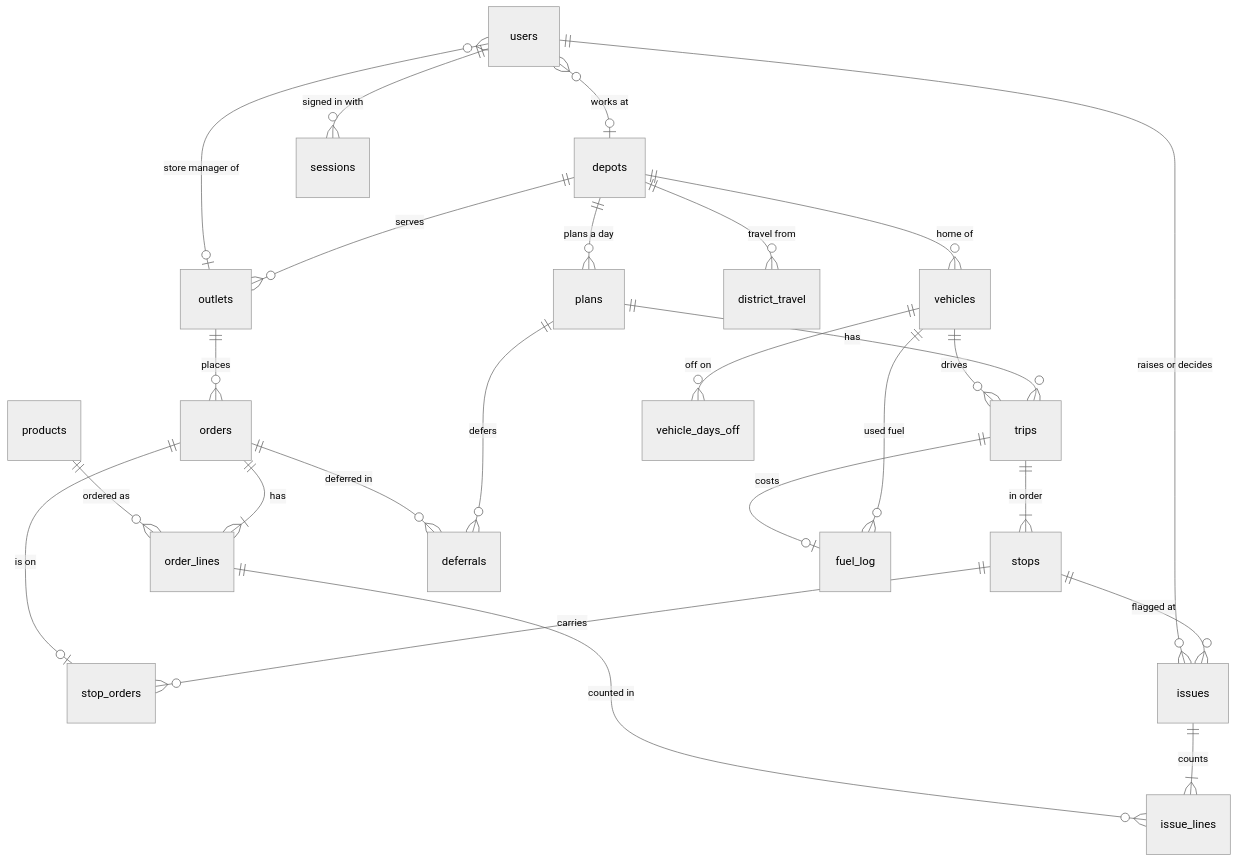
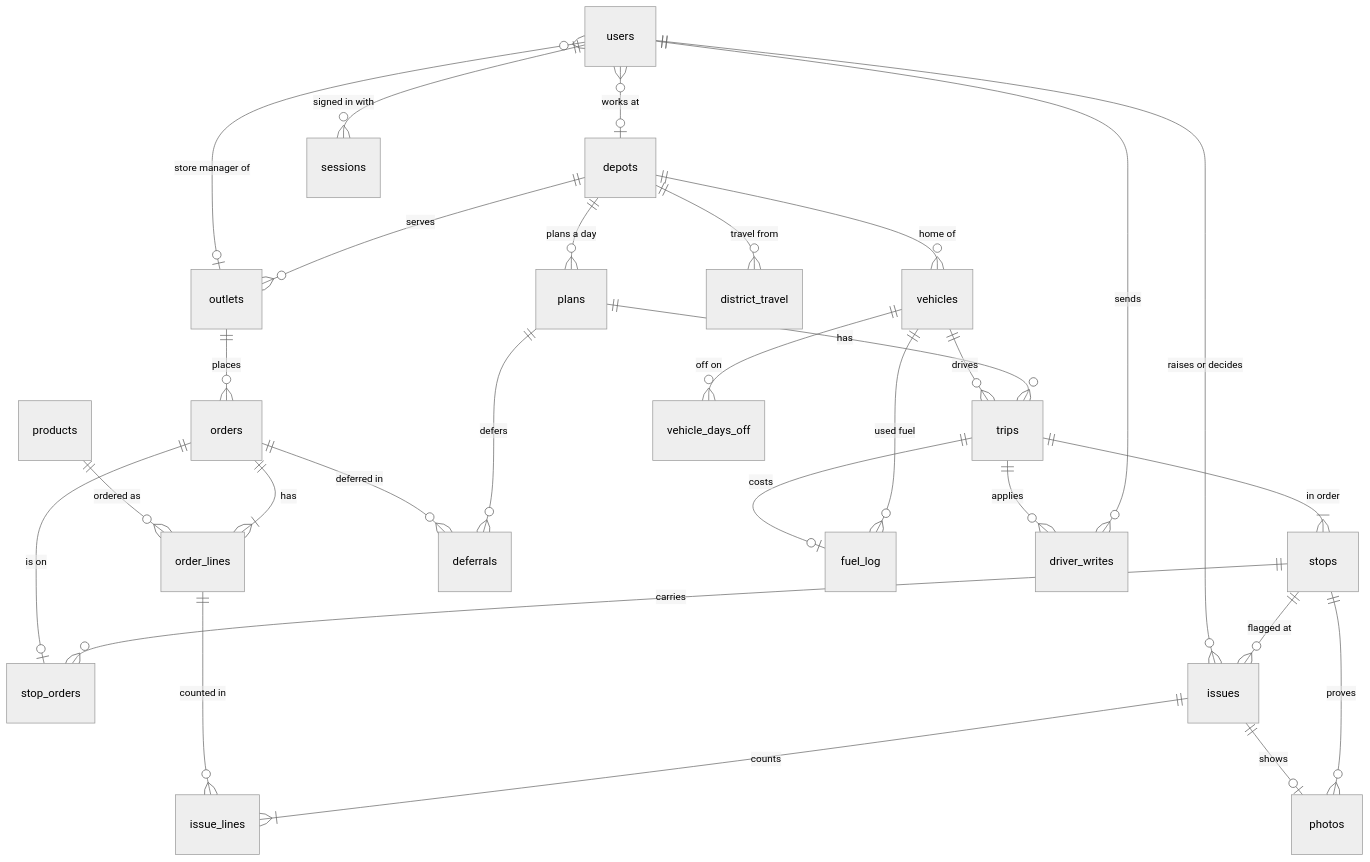
The diagram in docs/data-model.md (nabil11111/Vectorious_Wayfinder), drawn with Mermaid (neutral theme) before and after one commit. The commit also changed other lines of this file and 41 other files, not shown here.

````diff
--- a/docs/data-model.md
+++ b/docs/data-model.md
@@ -6,27 +6,31 @@
 ```mermaid
 erDiagram
     depots ||--o{ outlets : serves
     depots ||--o{ vehicles : "home of"
     depots ||--o{ district_travel : "travel from"
     outlets ||--o{ orders : places
     orders ||--|{ order_lines : has
     products ||--o{ order_lines : "ordered as"
     users }o--o| outlets : "store manager of"
     users }o--o| depots : "works at"
     users ||--o{ sessions : "signed in with"
     depots ||--o{ plans : "plans a day"
     plans ||--o{ trips : has
     vehicles ||--o{ trips : drives
     trips ||--|{ stops : "in order"
     stops ||--o{ stop_orders : carries
     orders ||--o| stop_orders : "is on"
     plans ||--o{ deferrals : "defers"
     orders ||--o{ deferrals : "deferred in"
     vehicles ||--o{ vehicle_days_off : "off on"
     vehicles ||--o{ fuel_log : "used fuel"
     trips ||--o| fuel_log : "costs"
     stops ||--o{ issues : "flagged at"
     issues ||--|{ issue_lines : counts
     order_lines ||--o{ issue_lines : "counted in"
     users ||--o{ issues : "raises or decides"
+    users ||--o{ driver_writes : sends
+    trips ||--o{ driver_writes : applies
+    stops ||--o{ photos : proves
+    issues ||--o| photos : shows
 ```
````
